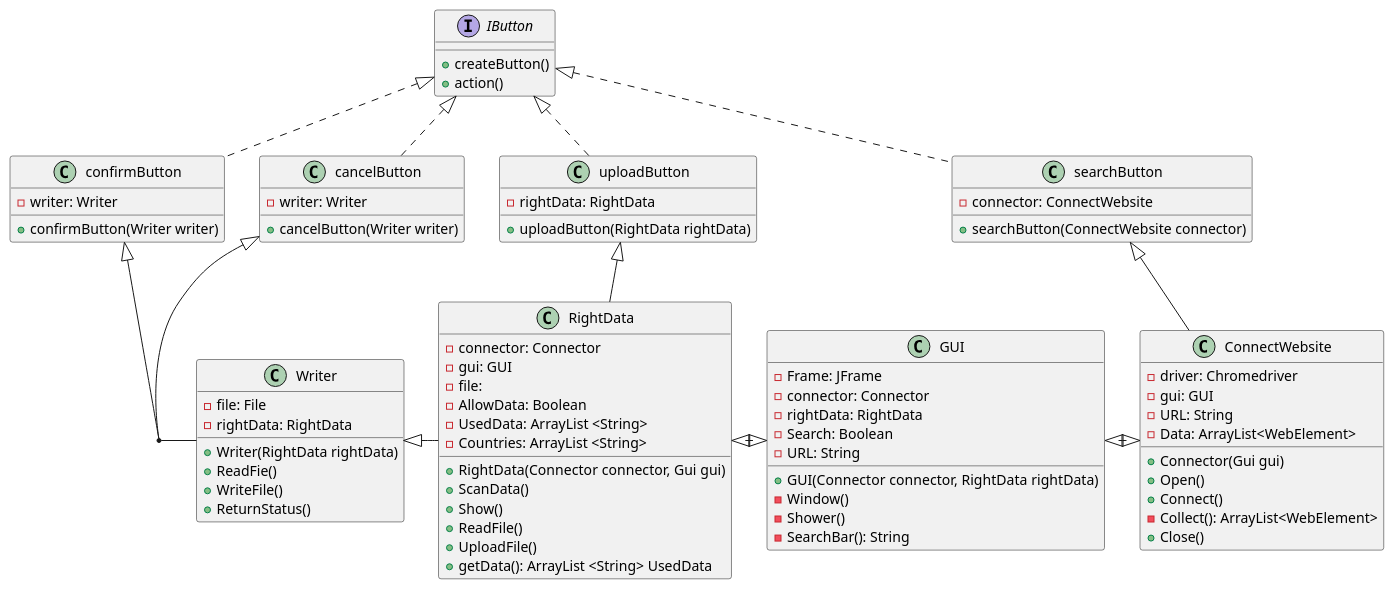
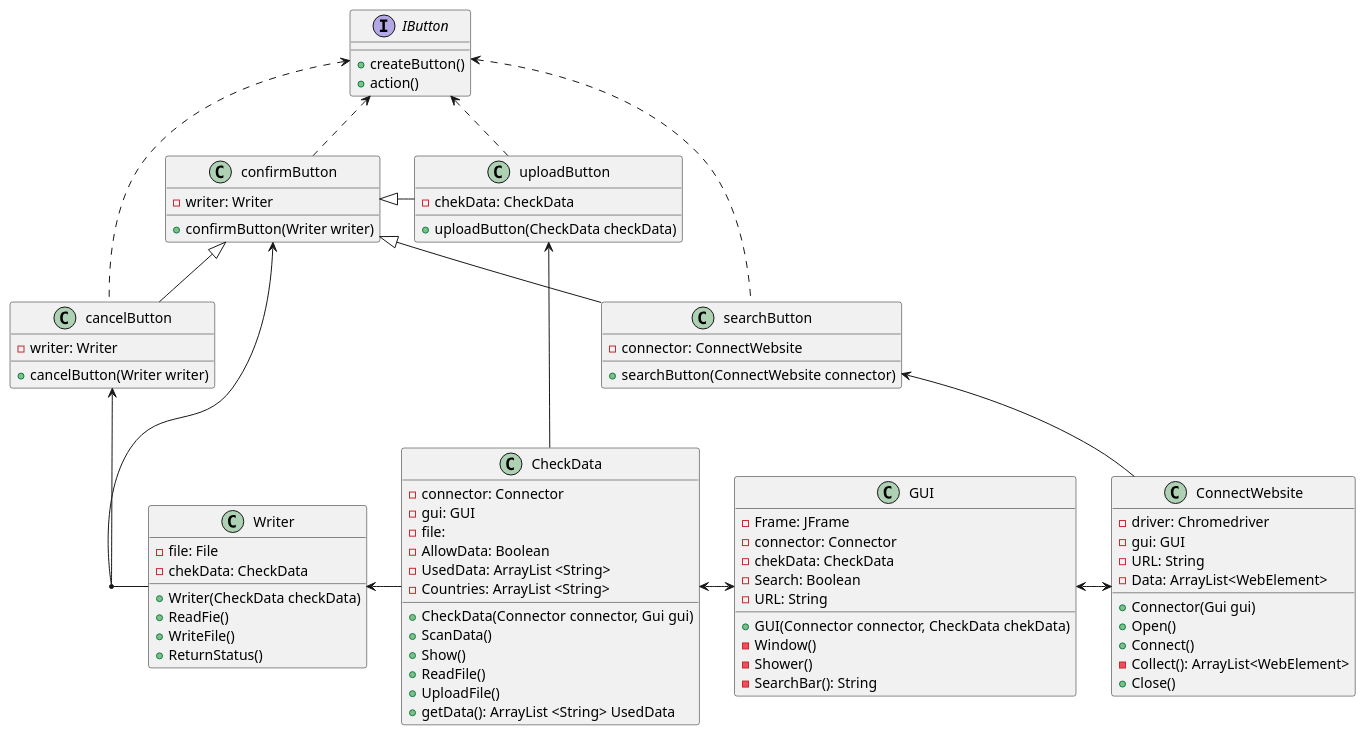
One commit to Jarnovis/De_Staten_Scanner_-Excel_Versie- changed the diagram in UML- en tetxtfiles/UML 2.0.puml. Above: the diagram before and after it, drawn with PlantUML. The commit also changed 5 other files, not shown here.

```diff
--- a/UML- en tetxtfiles/UML 2.0.puml
+++ b/UML- en tetxtfiles/UML 2.0.puml
@@ -1,101 +1,105 @@
 @startuml
 'https://plantuml.com/sequence-diagram
 
 class ConnectWebsite{
     - driver: Chromedriver
     - gui: GUI
     - URL: String
     - Data: ArrayList<WebElement>
 
     + Connector(Gui gui)
     + Open()
     + Connect()
     - Collect(): ArrayList<WebElement>
     + Close()
 }
 
 class Writer{
     - file: File
-    - rightData: RightData
+    - chekData: CheckData
 
-    + Writer(RightData rightData)
+    + Writer(CheckData checkData)
     + ReadFie()
     + WriteFile()
     + ReturnStatus()
 }
 
-class RightData{
+class CheckData{
     - connector: Connector
     - gui: GUI
     - file:
     - AllowData: Boolean
     - UsedData: ArrayList <String>
     - Countries: ArrayList <String>
 
-    + RightData(Connector connector, Gui gui)
+    + CheckData(Connector connector, Gui gui)
     + ScanData()
     + Show()
     + ReadFile()
     + UploadFile()
     + getData(): ArrayList <String> UsedData
  }
 
 class GUI{
     - Frame: JFrame
     - connector: Connector
-    - rightData: RightData
+    - chekData: CheckData
     - Search: Boolean
     - URL: String
 
-    + GUI(Connector connector, RightData rightData)
+    + GUI(Connector connector, CheckData chekData)
     - Window()
     - Shower()
     - SearchBar(): String
 }
 
 interface IButton{
     + createButton()
     + action()
 }
 
 class uploadButton{
-    - rightData: RightData
+    - chekData: CheckData
 
-    + uploadButton(RightData rightData)
+    + uploadButton(CheckData checkData)
 }
 
 class confirmButton{
     - writer: Writer
 
     + confirmButton(Writer writer)
 }
 
 class cancelButton{
     - writer: Writer
 
     + cancelButton(Writer writer)
 }
 
 class searchButton{
     - connector: ConnectWebsite
 
     + searchButton(ConnectWebsite connector)
 }
 
-IButton <|.. uploadButton
-IButton <|.. confirmButton
-IButton <|.. cancelButton
-IButton <|.. searchButton
+IButton <.. uploadButton
+IButton <.. confirmButton
+IButton <.. cancelButton
+IButton <.. searchButton
 
-GUI <|-|> ConnectWebsite
+GUI <-> ConnectWebsite
 
-RightData <|-|> GUI
+CheckData <-> GUI
 
-Writer <|- RightData
+Writer <- CheckData
 
-uploadButton <|- RightData
-confirmButton <|- Writer
-cancelButton <|- (confirmButton, Writer)
-searchButton <|- ConnectWebsite
+uploadButton <- CheckData
+confirmButton <- Writer
+cancelButton <- (confirmButton, Writer)
+searchButton <- ConnectWebsite
+
+confirmButton <|- uploadButton
+confirmButton <|-- cancelButton
+confirmButton <|-- searchButton
 
 @enduml
```
